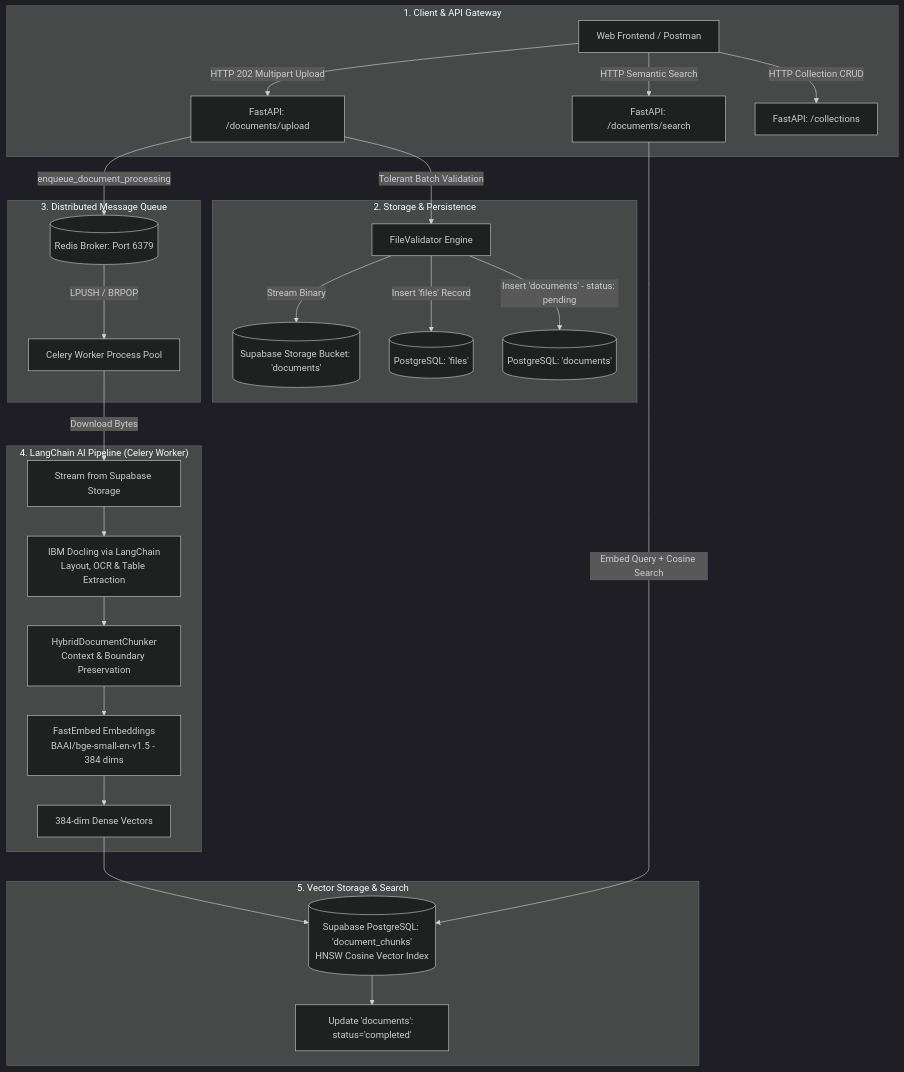
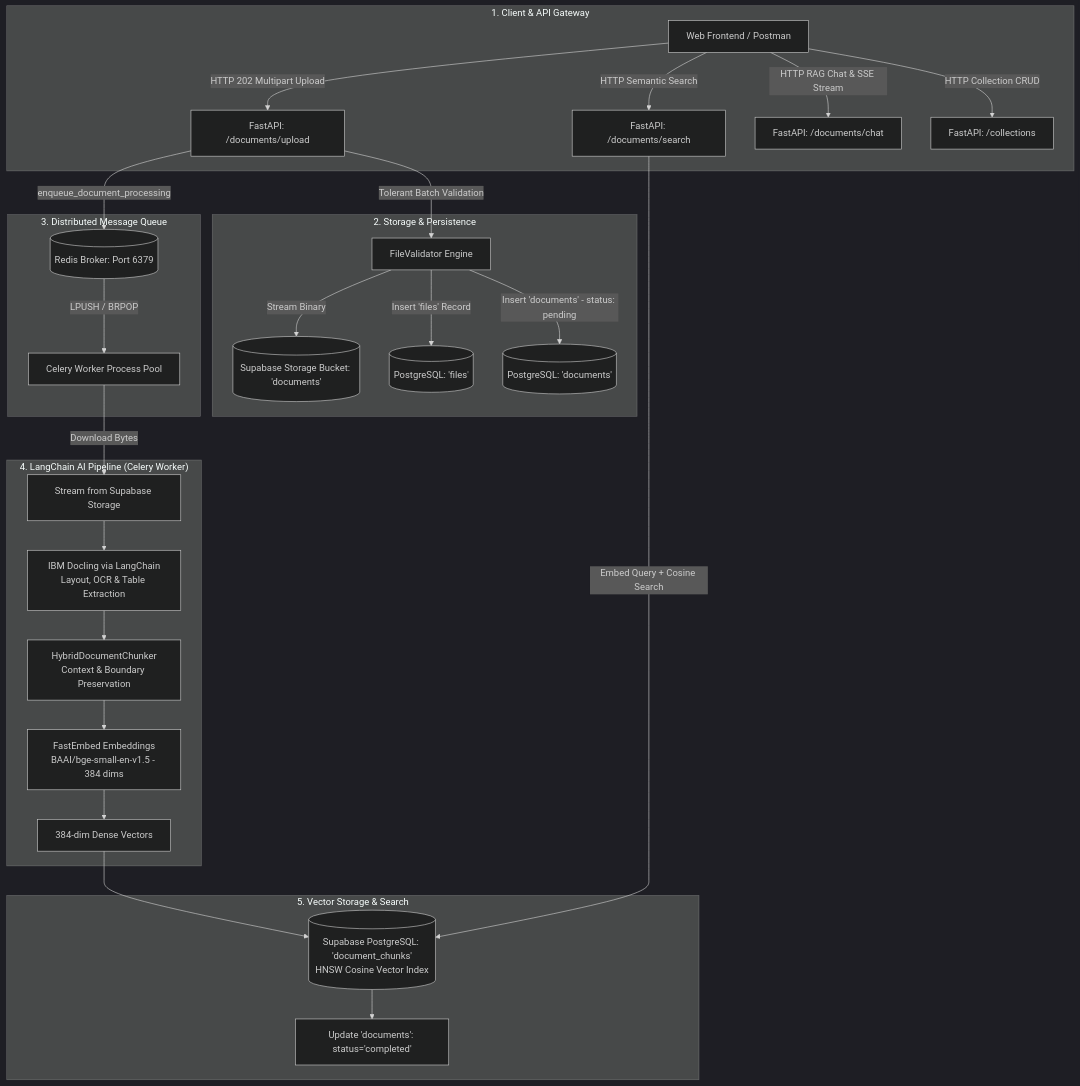
The diagram in docs/README.md (sabkat-ahmed-rafi/ai-document-intelligence-platform), drawn with Mermaid (dark theme) before and after one commit. The commit also changed other lines of this file and 3 other files, not shown here.

````diff
--- a/docs/README.md
+++ b/docs/README.md
@@ -25,34 +25,35 @@
 ```mermaid
 flowchart TD
     subgraph ClientLayer ["1. Client & API Gateway"]
         Client[Web Frontend / Postman] -->|HTTP 202 Multipart Upload| UploadAPI[FastAPI: /documents/upload]
         Client -->|HTTP Semantic Search| SearchAPI[FastAPI: /documents/search]
+        Client -->|HTTP RAG Chat & SSE Stream| ChatAPI[FastAPI: /documents/chat]
         Client -->|HTTP Collection CRUD| ColAPI[FastAPI: /collections]
     end
 
     subgraph StorageLayer ["2. Storage & Persistence"]
         UploadAPI -->|Tolerant Batch Validation| Validator[FileValidator Engine]
         Validator -->|Stream Binary| SupabaseStorage[(Supabase Storage Bucket: 'documents')]
         Validator -->|Insert 'files' Record| DBFiles[(PostgreSQL: 'files')]
         Validator -->|Insert 'documents' - status: pending| DBDocs[(PostgreSQL: 'documents')]
     end
 
     subgraph QueueLayer ["3. Distributed Message Queue"]
         UploadAPI -->|enqueue_document_processing| Redis[(Redis Broker: Port 6379)]
         Redis -->|LPUSH / BRPOP| CeleryWorker[Celery Worker Process Pool]
     end
 
     subgraph ProcessingPipeline ["4. LangChain AI Pipeline (Celery Worker)"]
         CeleryWorker -->|Download Bytes| FetchStorage[Stream from Supabase Storage]
         FetchStorage --> Docling[IBM Docling via LangChain<br/>Layout, OCR & Table Extraction]
         Docling --> Chunker[HybridDocumentChunker<br/>Context & Boundary Preservation]
         Chunker --> Embedder[FastEmbed Embeddings<br/>BAAI/bge-small-en-v1.5 - 384 dims]
         Embedder --> Vectors[384-dim Dense Vectors]
     end
 
     subgraph VectorDatabase ["5. Vector Storage & Search"]
         Vectors --> PGVector[(Supabase PostgreSQL: 'document_chunks'<br/>HNSW Cosine Vector Index)]
         PGVector --> StatusUpdate[Update 'documents': status='completed']
         SearchAPI -->|Embed Query + Cosine Search| PGVector
     end
 ```
````
